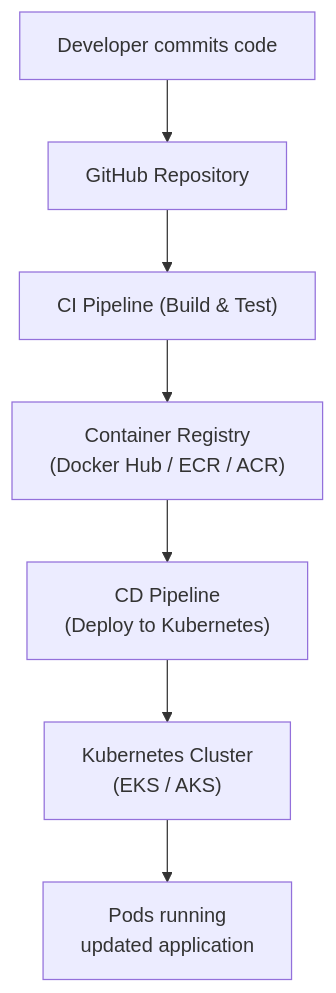
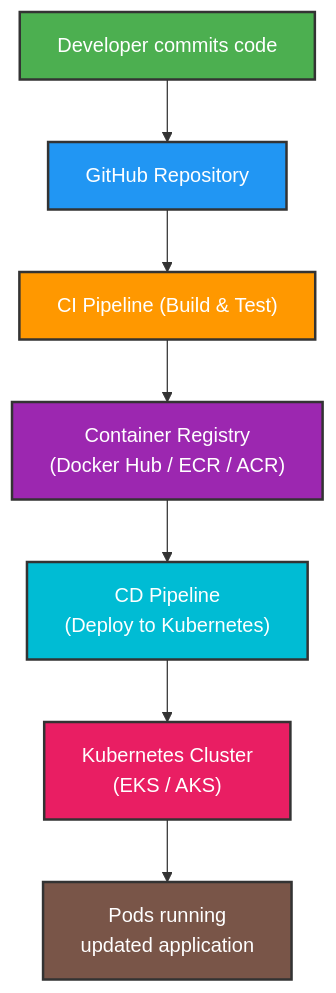
Before and after one commit to obintui10/kubernetes-multi-cloud-demo: the second of 2 diagrams in README.md, drawn with Mermaid.

````diff
--- a/README.md
+++ b/README.md
@@ -133,13 +133,22 @@
 ```mermaid
 flowchart TD
     Dev["Developer commits code"] --> Repo["GitHub Repository"]
     Repo --> CI["CI Pipeline (Build & Test)"]
     CI --> Registry["Container Registry
 (Docker Hub / ECR / ACR)"]
     Registry --> CD["CD Pipeline
 (Deploy to Kubernetes)"]
     CD --> Cluster["Kubernetes Cluster
 (EKS / AKS)"]
     Cluster --> Pods["Pods running
 updated application"]
+
+  %% Color styling for 7 nodes
+    style Dev fill:#4CAF50,stroke:#333,stroke-width:2px,color:#fff
+    style Repo fill:#2196F3,stroke:#333,stroke-width:2px,color:#fff
+    style CI fill:#FF9800,stroke:#333,stroke-width:2px,color:#fff
+    style Registry fill:#9C27B0,stroke:#333,stroke-width:2px,color:#fff
+    style CD fill:#00BCD4,stroke:#333,stroke-width:2px,color:#fff
+    style Cluster fill:#E91E63,stroke:#333,stroke-width:2px,color:#fff
+    style Pods fill:#795548,stroke:#333,stroke-width:2px,color:#fff
 ```
````
